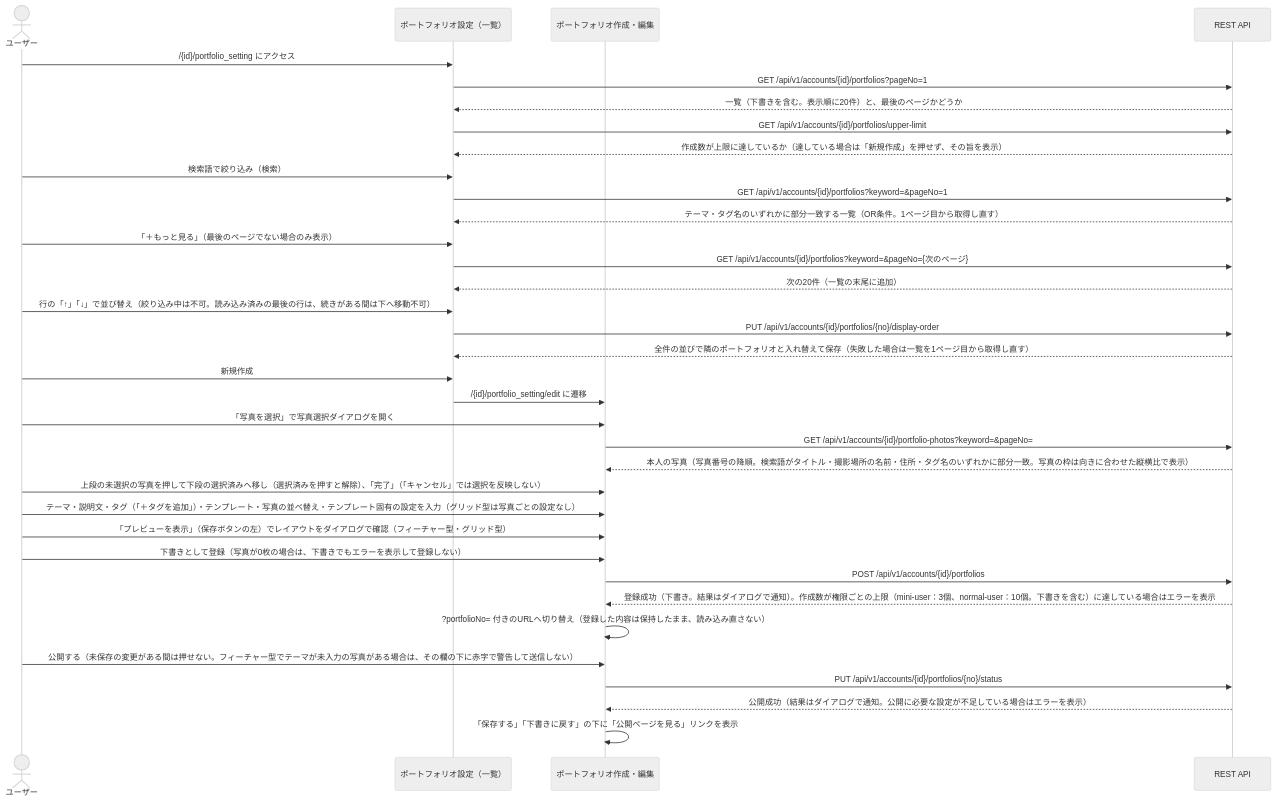
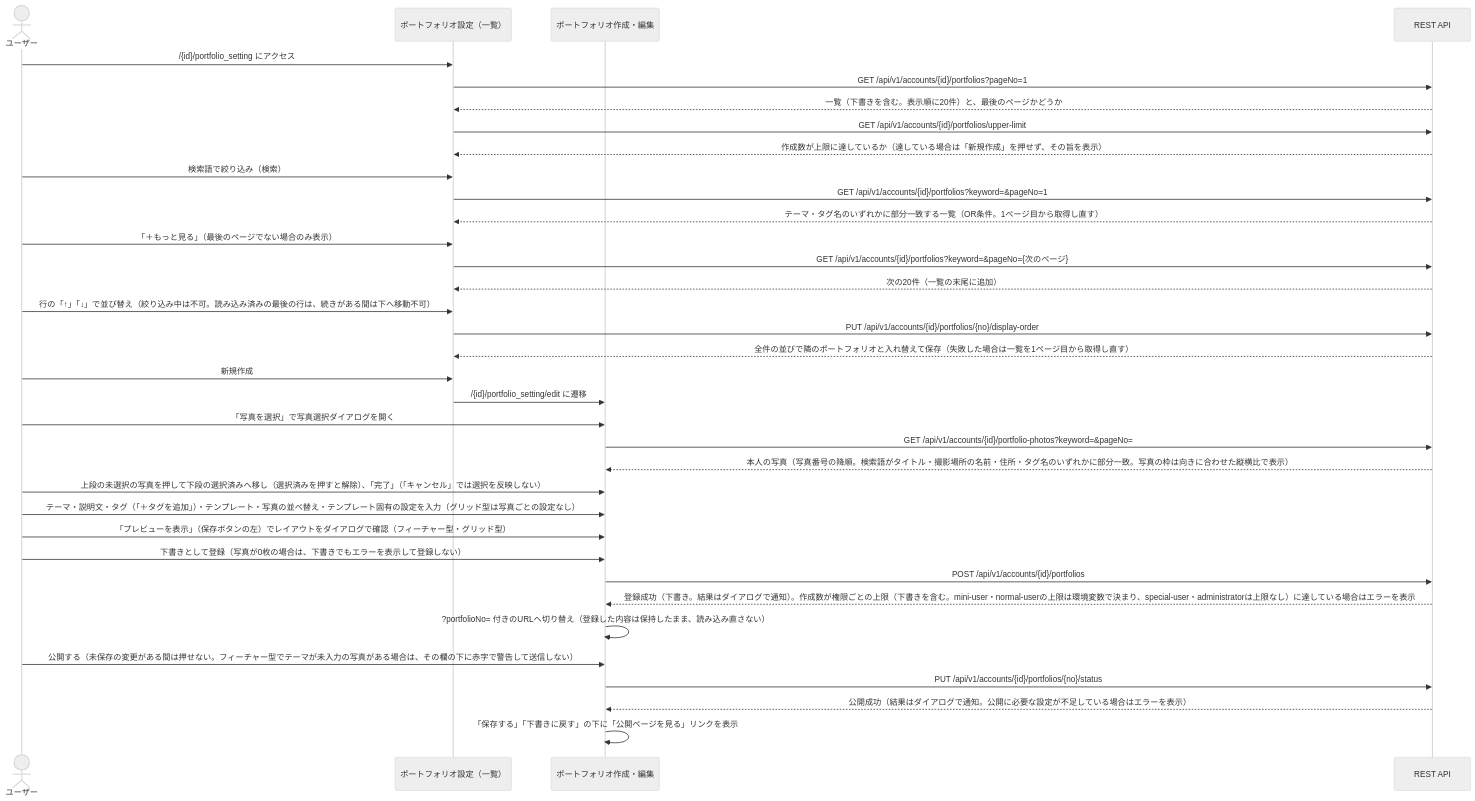
The fifth of 11 diagrams in doc/view/screen-transition.md (KentoKodama214/WebGallery), drawn with Mermaid (neutral theme) before and after one commit. The commit also changed other lines of this file and 1 other file, not shown here.

First line of the commit message:
docs: ポートフォリオ作成数の上限を環境変数で決まる記載にし、画面遷移図を最新のコードに合わせる

````diff
--- a/doc/view/screen-transition.md
+++ b/doc/view/screen-transition.md
@@ -222,38 +224,38 @@
 ```mermaid
 sequenceDiagram
     actor User as ユーザー
     participant List as ポートフォリオ設定（一覧）
     participant Edit as ポートフォリオ作成・編集
     participant API as REST API
 
     User->>List: /{id}/portfolio_setting にアクセス
     List->>API: GET /api/v1/accounts/{id}/portfolios?pageNo=1
     API-->>List: 一覧（下書きを含む。表示順に20件）と、最後のページかどうか
     List->>API: GET /api/v1/accounts/{id}/portfolios/upper-limit
     API-->>List: 作成数が上限に達しているか（達している場合は「新規作成」を押せず、その旨を表示）
     User->>List: 検索語で絞り込み（検索）
     List->>API: GET /api/v1/accounts/{id}/portfolios?keyword=&pageNo=1
     API-->>List: テーマ・タグ名のいずれかに部分一致する一覧（OR条件。1ページ目から取得し直す）
     User->>List: 「＋もっと見る」（最後のページでない場合のみ表示）
     List->>API: GET /api/v1/accounts/{id}/portfolios?keyword=&pageNo={次のページ}
     API-->>List: 次の20件（一覧の末尾に追加）
     User->>List: 行の「↑」「↓」で並び替え（絞り込み中は不可。読み込み済みの最後の行は、続きがある間は下へ移動不可）
     List->>API: PUT /api/v1/accounts/{id}/portfolios/{no}/display-order
     API-->>List: 全件の並びで隣のポートフォリオと入れ替えて保存（失敗した場合は一覧を1ページ目から取得し直す）
     User->>List: 新規作成
     List->>Edit: /{id}/portfolio_setting/edit に遷移
     User->>Edit: 「写真を選択」で写真選択ダイアログを開く
     Edit->>API: GET /api/v1/accounts/{id}/portfolio-photos?keyword=&pageNo=
     API-->>Edit: 本人の写真（写真番号の降順。検索語がタイトル・撮影場所の名前・住所・タグ名のいずれかに部分一致。写真の枠は向きに合わせた縦横比で表示）
     User->>Edit: 上段の未選択の写真を押して下段の選択済みへ移し（選択済みを押すと解除）、「完了」（「キャンセル」では選択を反映しない）
     User->>Edit: テーマ・説明文・タグ（「＋タグを追加」）・テンプレート・写真の並べ替え・テンプレート固有の設定を入力（グリッド型は写真ごとの設定なし）
     User->>Edit: 「プレビューを表示」（保存ボタンの左）でレイアウトをダイアログで確認（フィーチャー型・グリッド型）
     User->>Edit: 下書きとして登録（写真が0枚の場合は、下書きでもエラーを表示して登録しない）
     Edit->>API: POST /api/v1/accounts/{id}/portfolios
-    API-->>Edit: 登録成功（下書き。結果はダイアログで通知）。作成数が権限ごとの上限（mini-user：3個、normal-user：10個。下書きを含む）に達している場合はエラーを表示
+    API-->>Edit: 登録成功（下書き。結果はダイアログで通知）。作成数が権限ごとの上限（下書きを含む。mini-user・normal-userの上限は環境変数で決まり、special-user・administratorは上限なし）に達している場合はエラーを表示
     Edit->>Edit: ?portfolioNo= 付きのURLへ切り替え（登録した内容は保持したまま、読み込み直さない）
     User->>Edit: 公開する（未保存の変更がある間は押せない。フィーチャー型でテーマが未入力の写真がある場合は、その欄の下に赤字で警告して送信しない）
     Edit->>API: PUT /api/v1/accounts/{id}/portfolios/{no}/status
     API-->>Edit: 公開成功（結果はダイアログで通知。公開に必要な設定が不足している場合はエラーを表示）
     Edit->>Edit: 「保存する」「下書きに戻す」の下に「公開ページを見る」リンクを表示
 ```
````
